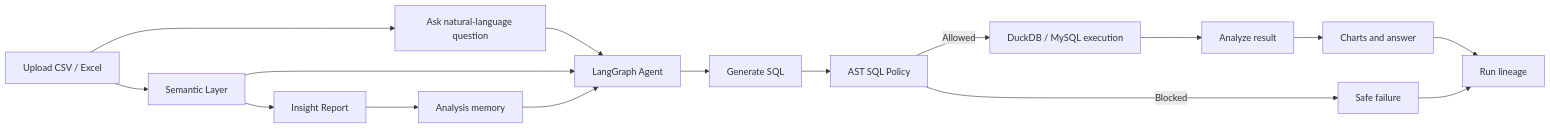
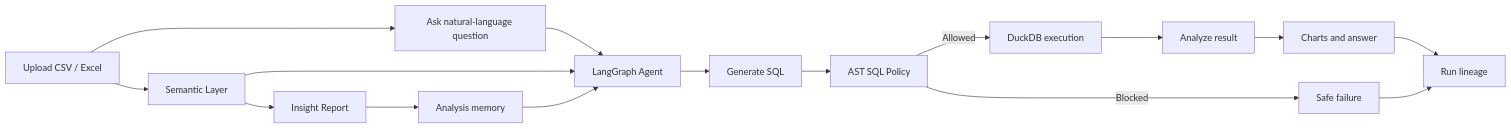
One commit to stephenbanana77/Nexa changed the diagram in README.md. Above: the diagram before and after it, drawn with Mermaid. The commit also changed other lines of this file and 41 other files, not shown here.

````diff
--- a/README.md
+++ b/README.md
@@ -49,18 +49,18 @@
 ```mermaid
 flowchart LR
   A["Upload CSV / Excel"] --> B["Ask natural-language question"]
   A --> S["Semantic Layer"]
   S --> R["Insight Report"]
   B --> C["LangGraph Agent"]
   S --> C
   R --> M["Analysis memory"]
   M --> C
   C --> D["Generate SQL"]
   D --> E["AST SQL Policy"]
-  E -->|Allowed| F["DuckDB / MySQL execution"]
+  E -->|Allowed| F["DuckDB execution"]
   E -->|Blocked| G["Safe failure"]
   F --> H["Analyze result"]
   H --> I["Charts and answer"]
   I --> J["Run lineage"]
   G --> J
 ```
````
